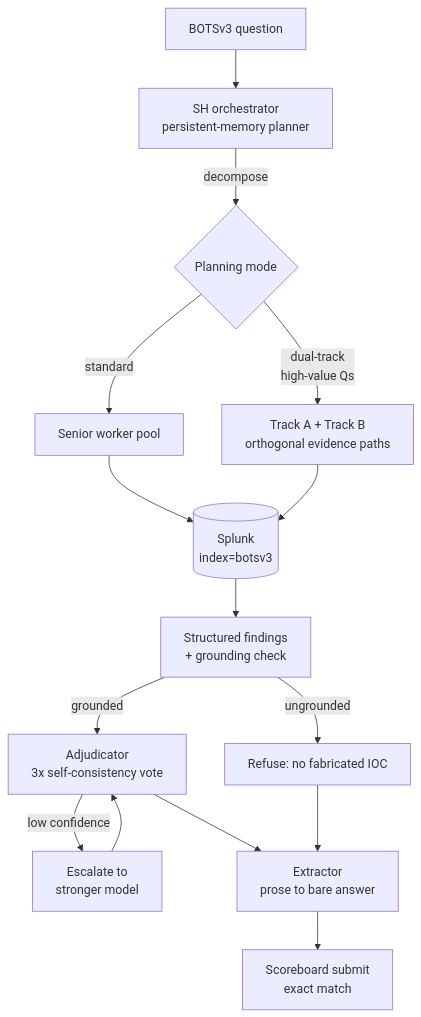
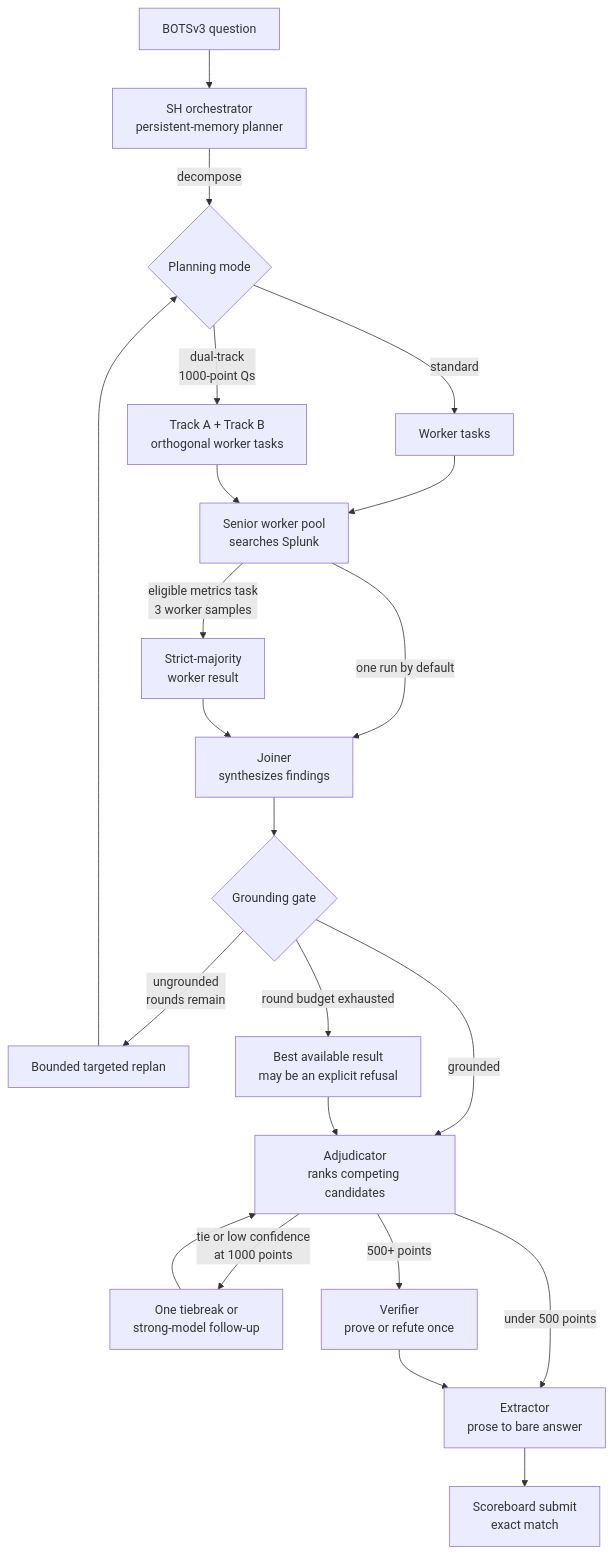
The diagram in README.md (lee1613/SIEM-Automation), drawn with Mermaid before and after one commit. The commit also changed other lines of this file and 9 other files, not shown here.

````diff
--- a/README.md
+++ b/README.md
@@ -37,17 +37,24 @@
 ```mermaid
 flowchart TD
     Q[BOTSv3 question] --> SH[SH orchestrator<br/>persistent-memory planner]
     SH -->|decompose| D{Planning mode}
-    D -->|standard| W[Senior worker pool]
-    D -->|dual-track<br/>high-value Qs| W2[Track A + Track B<br/>orthogonal evidence paths]
-    W --> SPL[(Splunk<br/>index=botsv3)]
-    W2 --> SPL
-    SPL --> F[Structured findings<br/>+ grounding check]
-    F -->|ungrounded| R[Refuse: no fabricated IOC]
-    F -->|grounded| ADJ[Adjudicator<br/>3x self-consistency vote]
-    ADJ -->|low confidence| ESC[Escalate to<br/>stronger model]
+    D -->|standard| T[Worker tasks]
+    D -->|dual-track<br/>1000-point Qs| T2[Track A + Track B<br/>orthogonal worker tasks]
+    T --> W[Senior worker pool<br/>searches Splunk]
+    T2 --> W
+    W -->|one run by default| J[Joiner<br/>synthesizes findings]
+    W -->|eligible metrics task<br/>3 worker samples| M[Strict-majority<br/>worker result]
+    M --> J
+    J --> G{Grounding gate}
+    G -->|grounded| ADJ[Adjudicator<br/>ranks competing candidates]
+    G -->|ungrounded<br/>rounds remain| RP[Bounded targeted replan]
+    RP --> D
+    G -->|round budget exhausted| FB[Best available result<br/>may be an explicit refusal]
+    FB --> ADJ
+    ADJ -->|tie or low confidence<br/>at 1000 points| ESC[One tiebreak or<br/>strong-model follow-up]
     ESC --> ADJ
-    ADJ --> X[Extractor<br/>prose to bare answer]
-    R --> X
+    ADJ -->|500+ points| V[Verifier<br/>prove or refute once]
+    ADJ -->|under 500 points| X[Extractor<br/>prose to bare answer]
+    V --> X
     X --> S[Scoreboard submit<br/>exact match]
 ```
````
